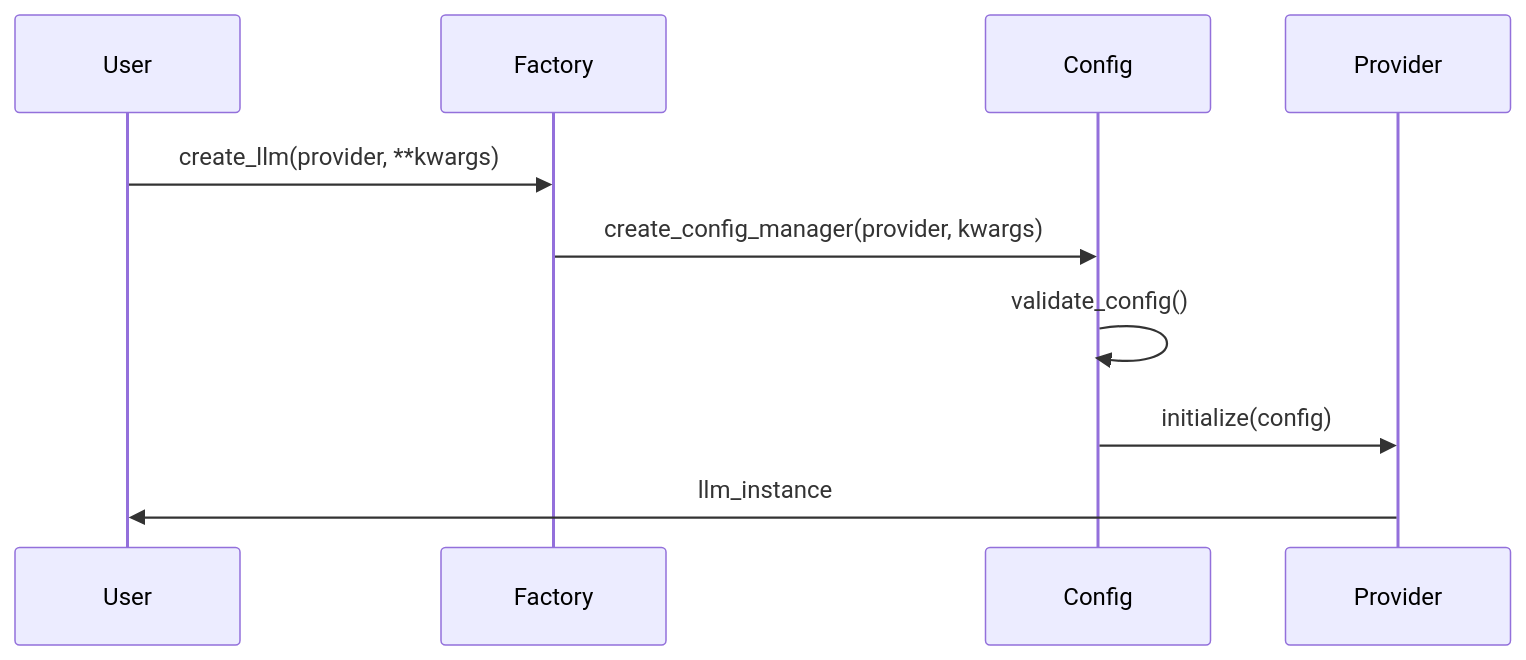
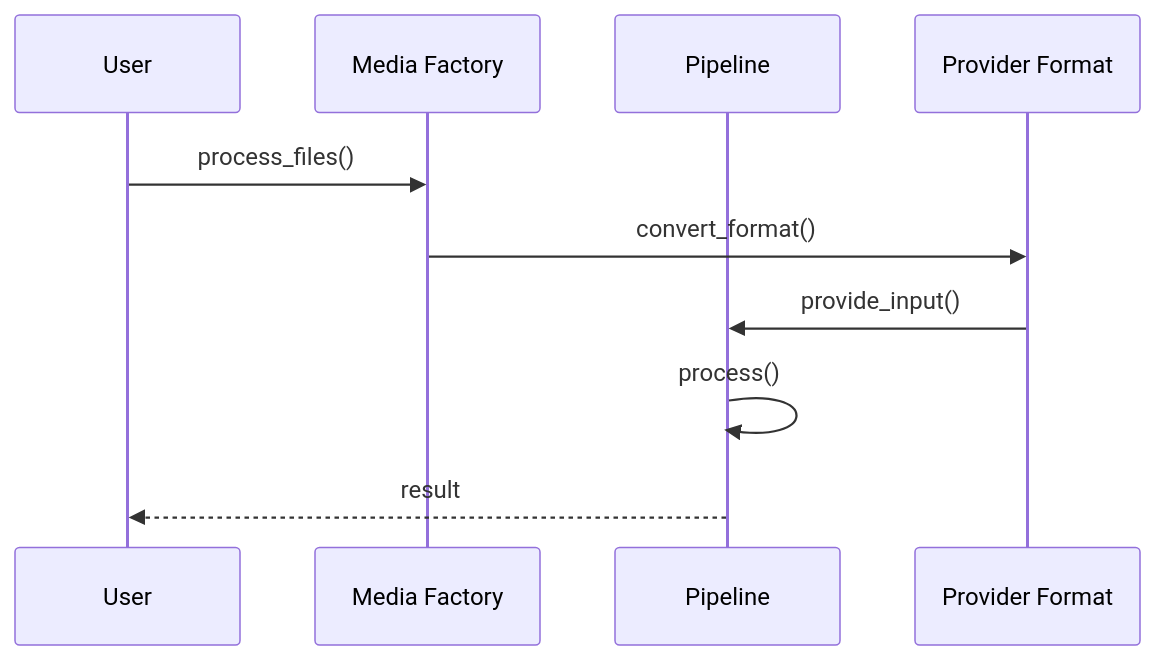
One commit to lpalbou/AbstractLLM changed the sixth of 9 diagrams in docs/architecture.md. Above: the diagram before and after it, drawn with Mermaid. The commit also changed other lines of this file and 45 other files, not shown here.

````diff
--- a/docs/architecture.md
+++ b/docs/architecture.md
@@ -158,13 +110,13 @@
 ```mermaid
 sequenceDiagram
-    participant User
-    participant Factory
-    participant Config
-    participant Provider
-
-    User->>Factory: create_llm(provider, **kwargs)
-    Factory->>Config: create_config_manager(provider, kwargs)
-    Config->>Config: validate_config()
-    Config->>Provider: initialize(config)
-    Provider->>User: llm_instance
+    participant U as User
+    participant M as Media Factory
+    participant P as Pipeline
+    participant F as Provider Format
+    
+    U->>M: process_files()
+    M->>F: convert_format()
+    F->>P: provide_input()
+    P->>P: process()
+    P-->>U: result
 ```
````
